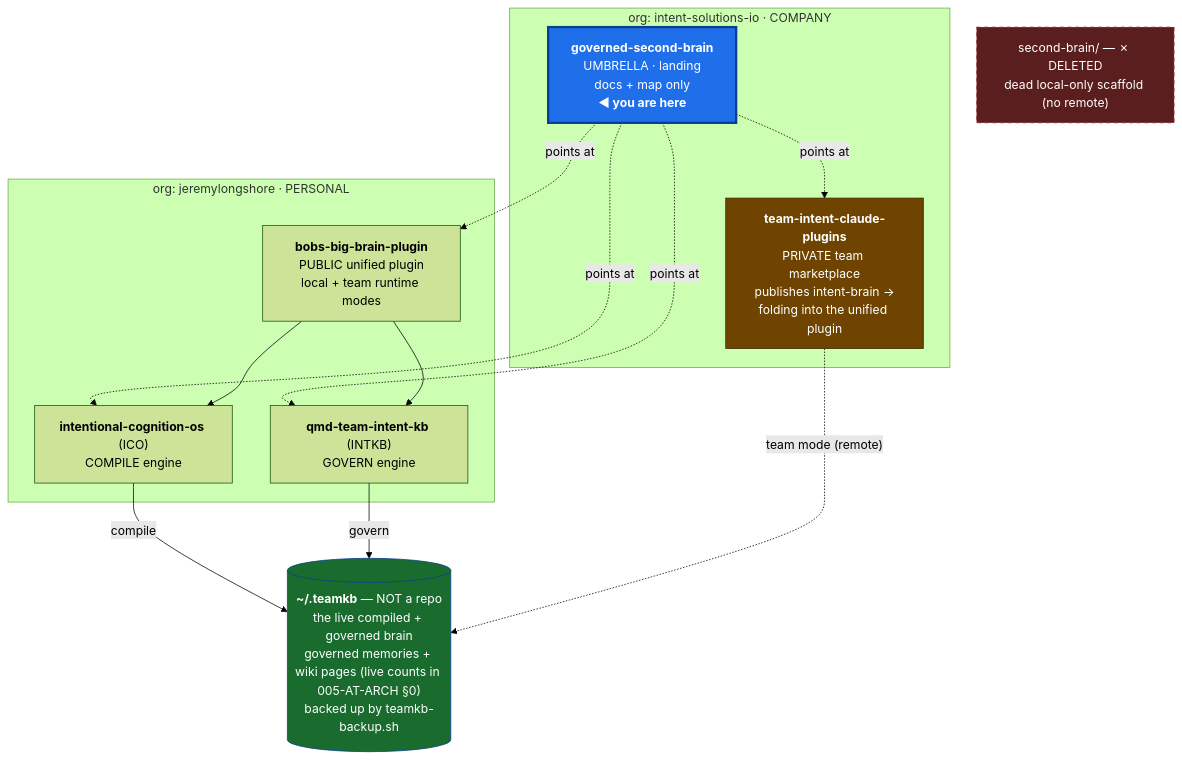
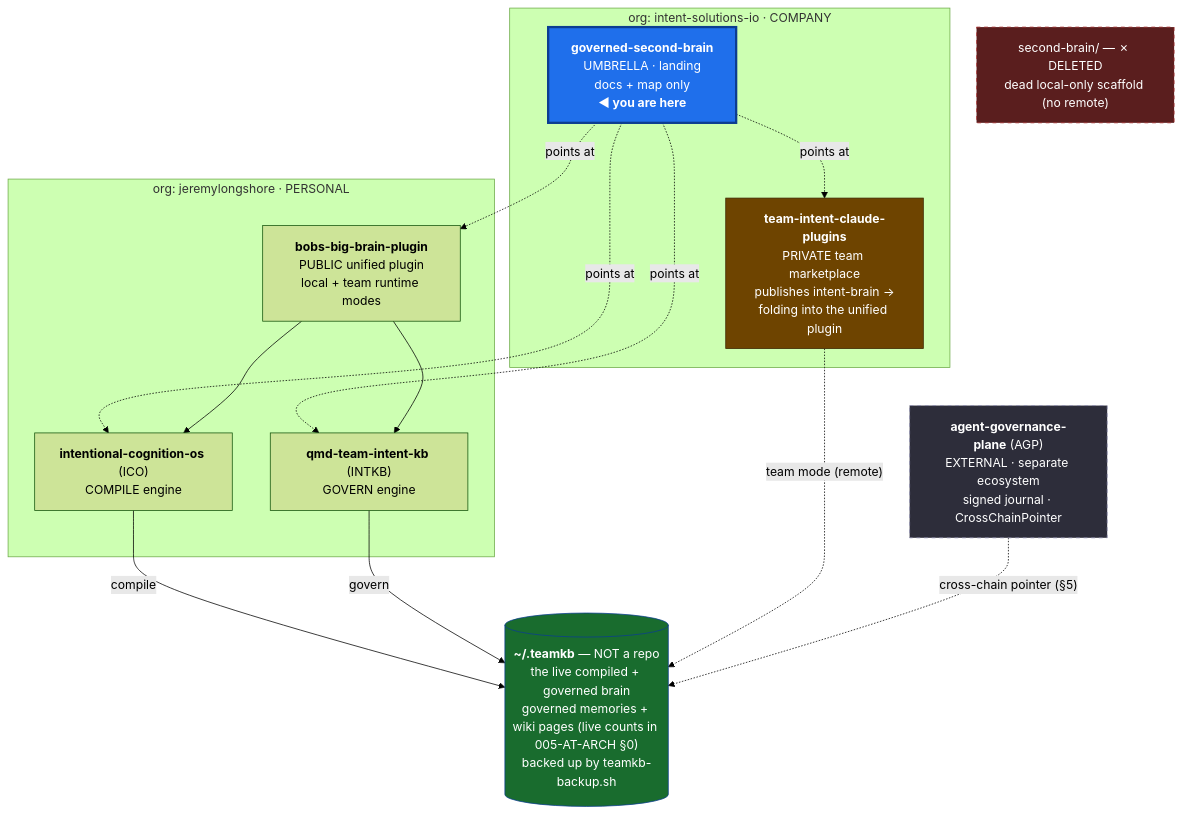
One commit to intent-solutions-io/governed-second-brain changed the diagram in 000-docs/007-AT-SMAP-repo-topology-and-working-surface.md. Above: the diagram before and after it, drawn with Mermaid (forest theme). The commit also changed other lines of this file and 1 other file, not shown here.

First line of the commit message:
docs(seam): document the AGP cross-chain agent-brain seam in the topology map

````diff
--- a/000-docs/007-AT-SMAP-repo-topology-and-working-surface.md
+++ b/000-docs/007-AT-SMAP-repo-topology-and-working-surface.md
@@ -19,29 +19,32 @@
 ```mermaid
 flowchart TB
   subgraph ISO["org: intent-solutions-io  ·  COMPANY"]
     UMB["<b>governed-second-brain</b><br/>UMBRELLA · landing<br/>docs + map only<br/><b>◀ you are here</b>"]
     MKT["<b>team-intent-claude-plugins</b><br/>PRIVATE team marketplace<br/>publishes intent-brain →<br/>folding into the unified plugin"]
   end
   subgraph JL["org: jeremylongshore  ·  PERSONAL"]
     ICO["<b>intentional-cognition-os</b> (ICO)<br/>COMPILE engine"]
     INTKB["<b>qmd-team-intent-kb</b> (INTKB)<br/>GOVERN engine"]
     PLUG["<b>bobs-big-brain-plugin</b><br/>PUBLIC unified plugin<br/>local + team runtime modes"]
   end
   DATA[("<b>~/.teamkb</b> — NOT a repo<br/>the live compiled + governed brain<br/>governed memories + wiki pages (live counts in 005-AT-ARCH §0)<br/>backed up by teamkb-backup.sh")]
   CRUFT["second-brain/ — ✗ DELETED<br/>dead local-only scaffold (no remote)"]
+  AGP["<b>agent-governance-plane</b> (AGP)<br/>EXTERNAL · separate ecosystem<br/>signed journal · CrossChainPointer"]
 
   UMB -. points at .-> ICO
   UMB -. points at .-> INTKB
   UMB -. points at .-> PLUG
   UMB -. points at .-> MKT
   PLUG --> ICO
   PLUG --> INTKB
   ICO -- compile --> DATA
   INTKB -- govern --> DATA
   MKT -. team mode (remote) .-> DATA
+  AGP -. "cross-chain pointer (§5)" .-> DATA
 
   style UMB fill:#1f6feb,stroke:#0b3d91,stroke-width:3px,color:#ffffff
   style DATA fill:#196c2e,stroke:#0b3d91,color:#ffffff
   style MKT fill:#6e4400,stroke:#3d2600,color:#ffffff
   style CRUFT fill:#5a1e1e,stroke:#a33,stroke-dasharray:5 5,color:#ffffff
+  style AGP fill:#2d2d3a,stroke:#8888aa,stroke-dasharray:5 5,color:#ffffff
 ```
````
